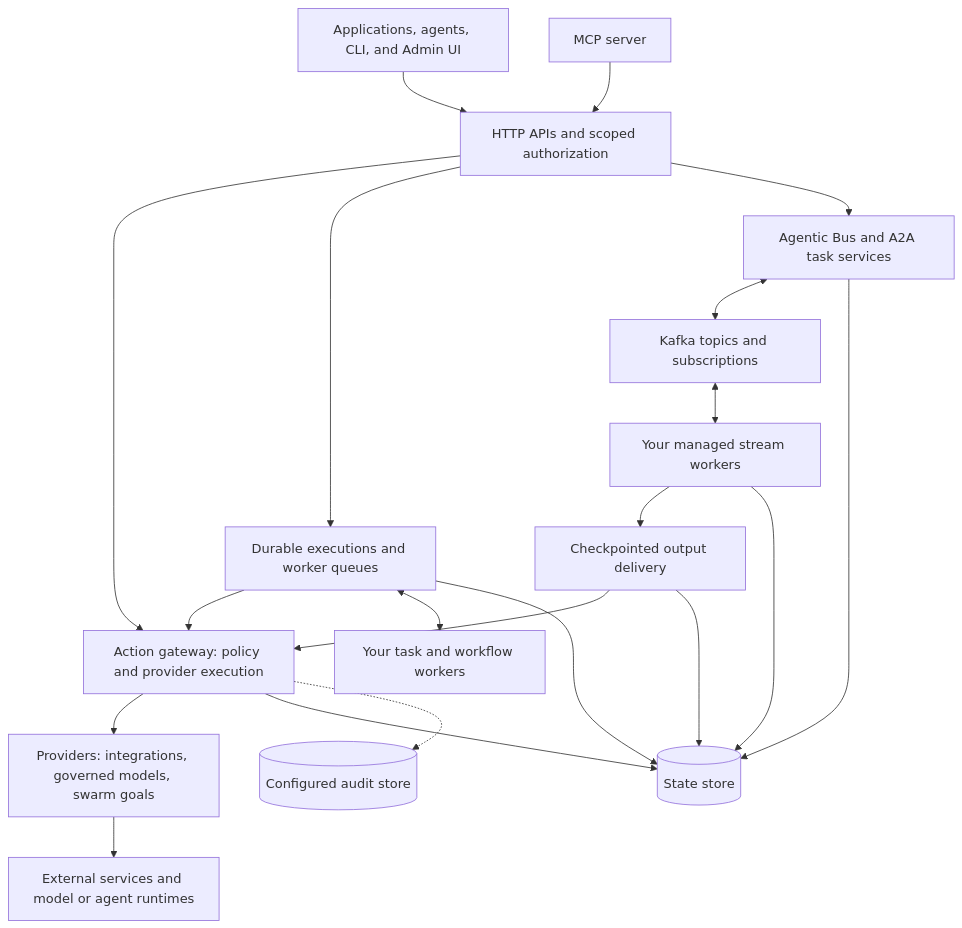
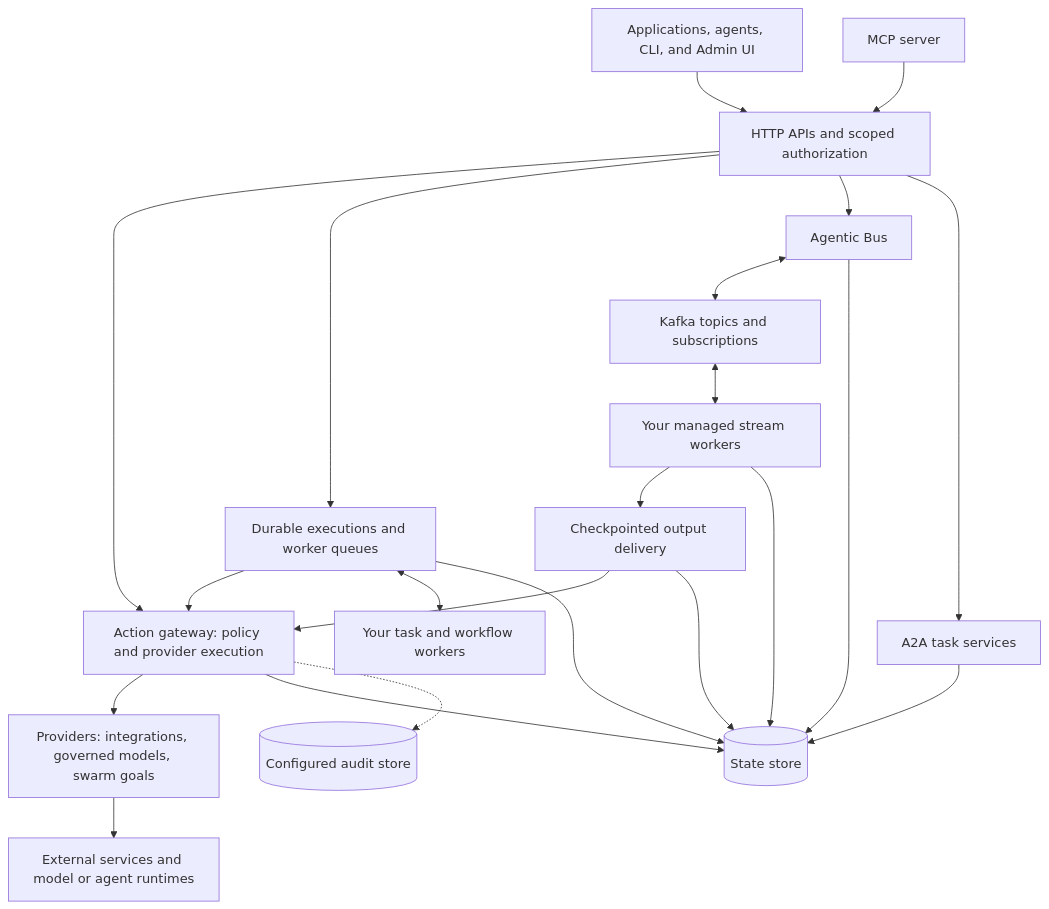
One commit to penserai/acteon changed the first of 2 diagrams in docs/book/concepts/architecture.md. Above: the diagram before and after it, drawn with Mermaid. The commit also changed 3 other files, not shown here.

````diff
--- a/docs/book/concepts/architecture.md
+++ b/docs/book/concepts/architecture.md
@@ -9,22 +9,24 @@
 ```mermaid
 flowchart TB
     Clients[Applications, agents, CLI, and Admin UI] --> API[HTTP APIs and scoped authorization]
     MCP[MCP server] --> API
     API --> Gateway[Action gateway: policy and provider execution]
     API --> Exec[Durable executions and worker queues]
-    API --> Bus[Agentic Bus and A2A task services]
+    API --> Bus[Agentic Bus]
+    API --> A2A[A2A task services]
     Gateway --> Providers[Providers: integrations, governed models, swarm goals]
     Exec --> Gateway
     Exec <--> Workers[Your task and workflow workers]
     Bus <--> Kafka[Kafka topics and subscriptions]
     Kafka <--> Stages[Your managed stream workers]
     Stages --> Outbox[Checkpointed output delivery]
     Outbox --> Gateway
     Providers --> External[External services and model or agent runtimes]
     Gateway --> State[(State store)]
     Exec --> State
     Bus --> State
+    A2A --> State
     Stages --> State
     Outbox --> State
     Gateway -.-> Audit[(Configured audit store)]
 ```
````
